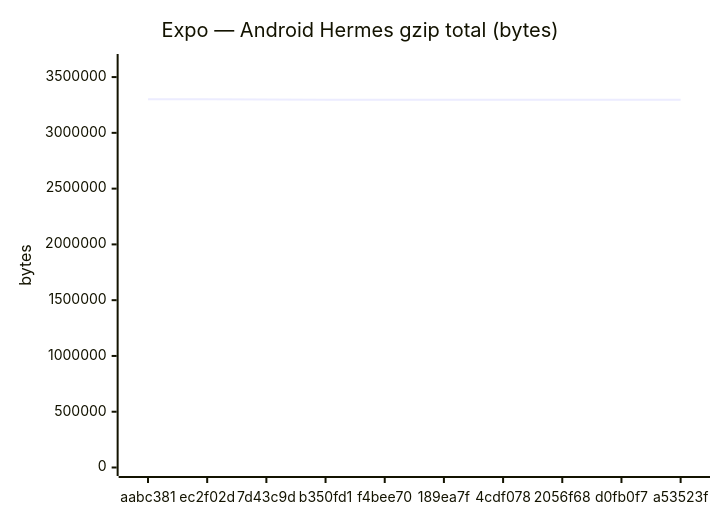
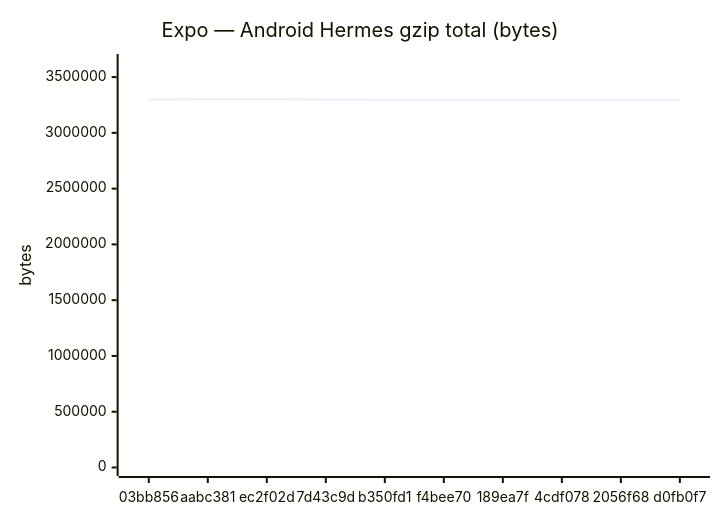
The fifth of 18 diagrams in benchmarks/compare.md (Metaheurist/Rianell), drawn with Mermaid before and after one commit. The commit also changed other lines of this file and 11 other files, not shown here.

````diff
--- a/benchmarks/compare.md
+++ b/benchmarks/compare.md
@@ -89,7 +89,7 @@
 ```mermaid
 xychart-beta
     title "Expo — Android Hermes gzip total (bytes)"
-    x-axis ["aabc381", "ec2f02d", "7d43c9d", "b350fd1", "f4bee70", "189ea7f", "4cdf078", "2056f68", "d0fb0f7", "a53523f"]
+    x-axis ["03bb856", "aabc381", "ec2f02d", "7d43c9d", "b350fd1", "f4bee70", "189ea7f", "4cdf078", "2056f68", "d0fb0f7"]
     y-axis "bytes" 0 --> 3630694
-    line [3300630, 3300522, 3299950, 3296025, 3296632, 3296023, 3295973, 3295761, 3295758, 3295757]
+    line [3300038, 3300630, 3300522, 3299950, 3296025, 3296632, 3296023, 3295973, 3295761, 3295758]
 ```
````
